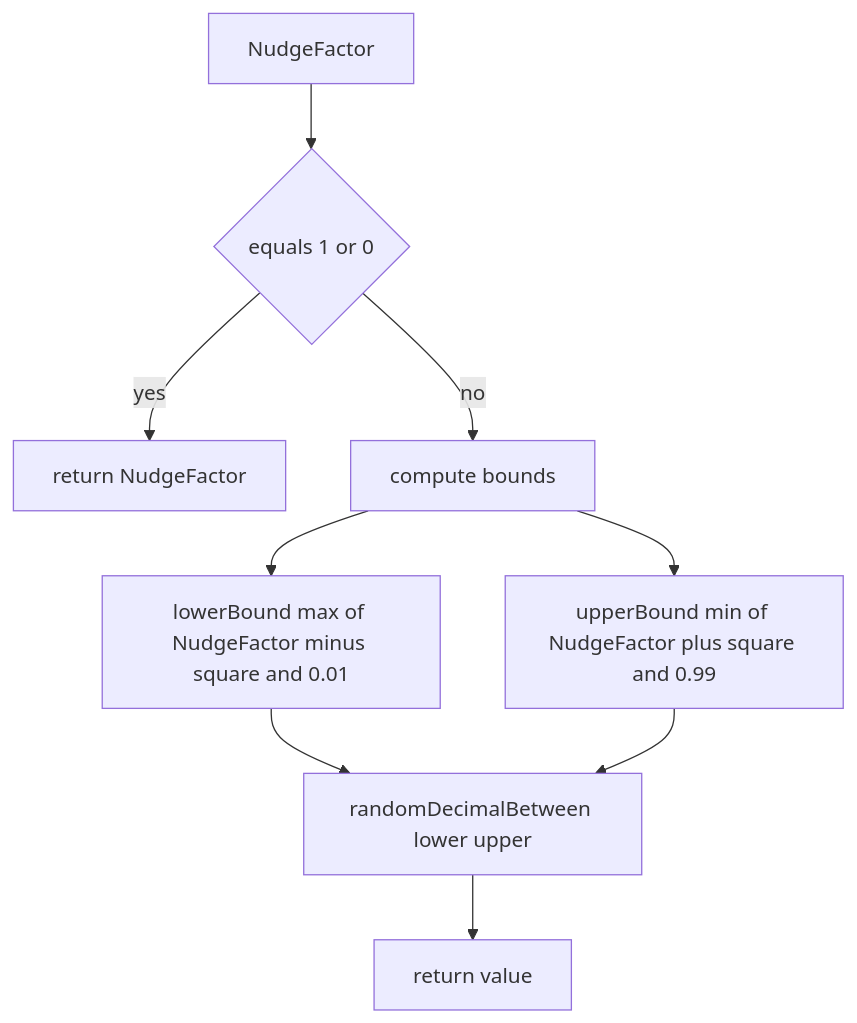
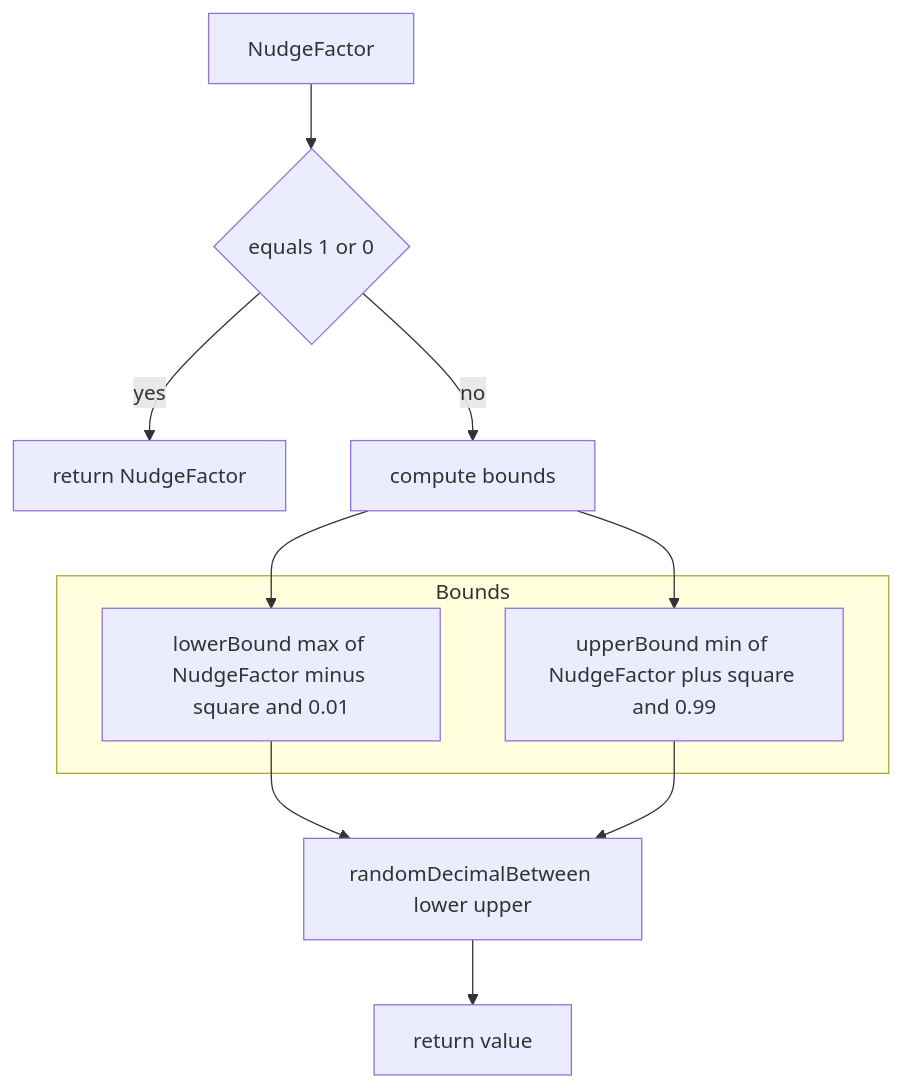
One commit to Gh0st352/AETHR changed the third of 4 diagrams in docs/math/randomization.md. Above: the diagram before and after it, drawn with Mermaid. The commit also changed other lines of this file and 5 other files, not shown here.

First line of the commit message:
docs: normalize headings and enhance Mermaid diagrams in math README

````diff
--- a/docs/math/randomization.md
+++ b/docs/math/randomization.md
@@ -48,11 +71,20 @@
 ```mermaid
+%% shared theme: docs/_mermaid/theme.json %%
 flowchart TD
   IN[NudgeFactor] --> EDGE{equals 1 or 0}
   EDGE -->|yes| RET[return NudgeFactor]
   EDGE -->|no| BOUNDS[compute bounds]
-  BOUNDS --> LB[lowerBound max of NudgeFactor minus square and 0.01]
-  BOUNDS --> UB[upperBound min of NudgeFactor plus square and 0.99]
+  subgraph "Bounds"
+    LB[lowerBound max of NudgeFactor minus square and 0.01]
+    UB[upperBound min of NudgeFactor plus square and 0.99]
+  end
+  BOUNDS --> LB
+  BOUNDS --> UB
   LB --> CALL[randomDecimalBetween lower upper]
   UB --> CALL
   CALL --> OUT[return value]
+  class IN class_io;
+  class EDGE class_decision;
+  class BOUNDS,LB,UB,CALL class_compute;
+  class RET,OUT class_result;
 ```
````
